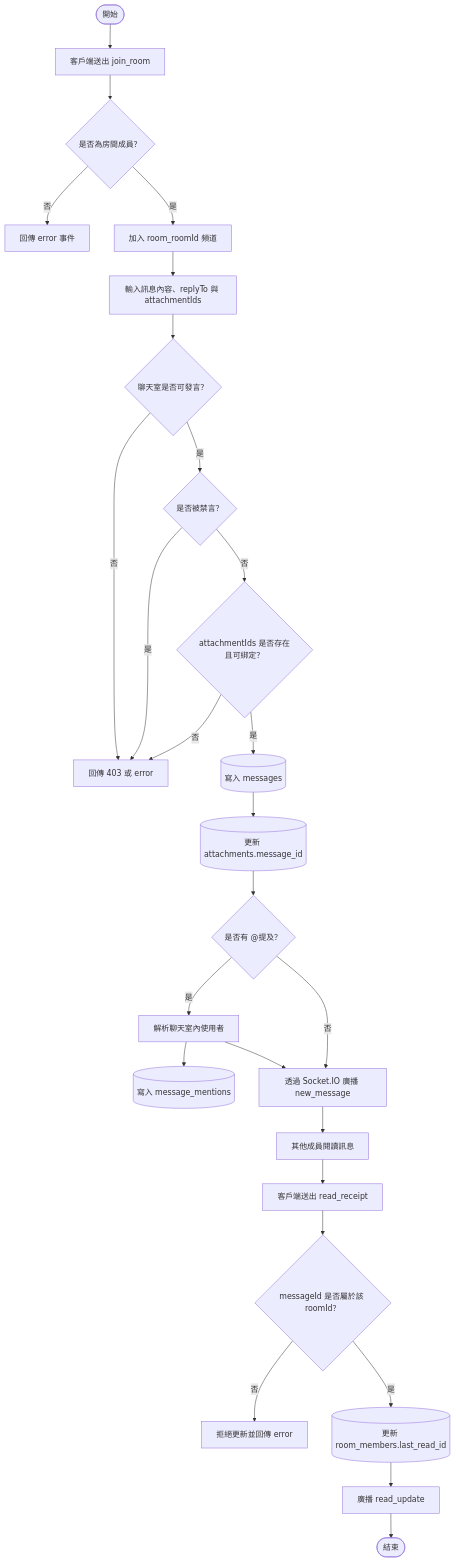
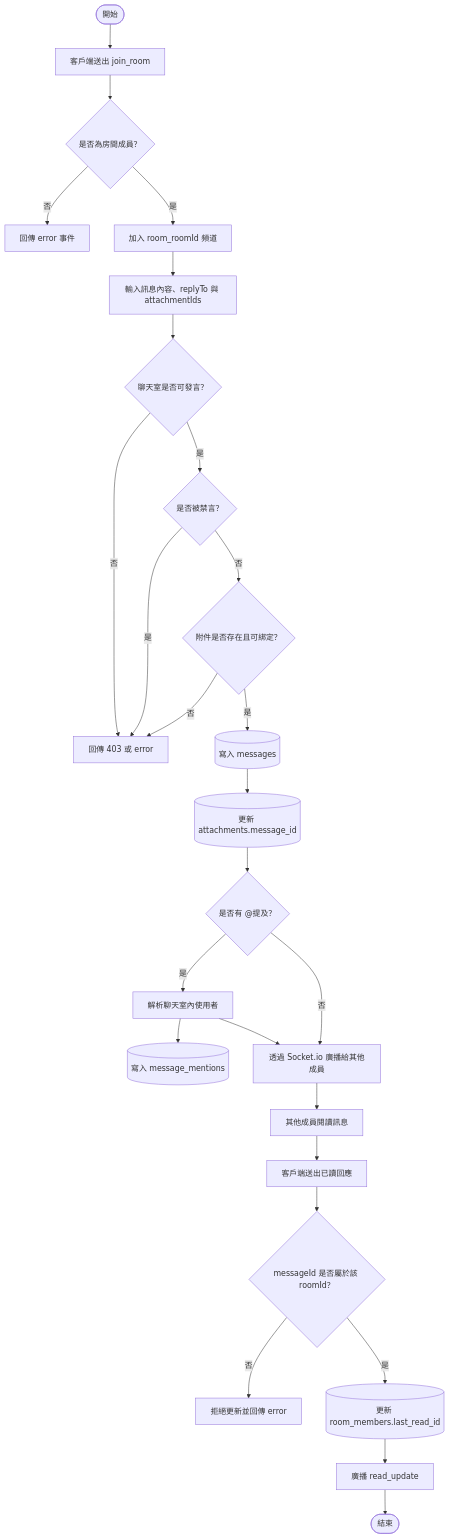
One commit to nearcsie/near-chat changed the ninth of 10 diagrams in docs/report-3.md. Above: the diagram before and after it, drawn with Mermaid. The commit also changed other lines of this file, not shown here.

````diff
--- a/docs/report-3.md
+++ b/docs/report-3.md
@@ -347,29 +303,29 @@
 ```mermaid
 flowchart TD
     Start([開始]) --> JoinRoom[客戶端送出 join_room]
     JoinRoom --> CheckMembership{是否為房間成員？}
     CheckMembership -- 否 --> ErrorJoin[回傳 error 事件]
     CheckMembership -- 是 --> Subscribed[加入 room_roomId 頻道]
 
     Subscribed --> MsgInput[輸入訊息內容、replyTo 與 attachmentIds]
     MsgInput --> CheckRoomState{聊天室是否可發言？}
     CheckRoomState -- 否 --> ErrorDeny[回傳 403 或 error]
     CheckRoomState -- 是 --> CheckMuted{是否被禁言？}
     CheckMuted -- 是 --> ErrorDeny
-    CheckMuted -- 否 --> ValidateAttachments{attachmentIds 是否存在且可綁定？}
+    CheckMuted -- 否 --> ValidateAttachments{附件是否存在且可綁定？}
     ValidateAttachments -- 否 --> ErrorDeny
     ValidateAttachments -- 是 --> InsertMsg[(寫入 messages)]
     InsertMsg --> BindAttachments[(更新 attachments.message_id)]
     BindAttachments --> ParseMentions{是否有 @提及？}
     ParseMentions -- 是 --> ResolveUsers[解析聊天室內使用者]
     ResolveUsers --> InsertMentions[(寫入 message_mentions)]
     ResolveUsers --> EmitRealtime
-    ParseMentions -- 否 --> EmitRealtime[透過 Socket.IO 廣播 new_message]
+    ParseMentions -- 否 --> EmitRealtime[透過 Socket.io 廣播給其他成員]
 
     EmitRealtime --> ReceiversRead[其他成員閱讀訊息]
-    ReceiversRead --> EmitReadReceipt[客戶端送出 read_receipt]
+    ReceiversRead --> EmitReadReceipt[客戶端送出已讀回應]
     EmitReadReceipt --> CheckMsgRoom{messageId 是否屬於該 roomId？}
     CheckMsgRoom -- 否 --> IgnoreReceipt[拒絕更新並回傳 error]
     CheckMsgRoom -- 是 --> DBUpdateRead[(更新 room_members.last_read_id)]
     DBUpdateRead --> EmitReadUpdate[廣播 read_update] --> End([結束])
 ```
````
